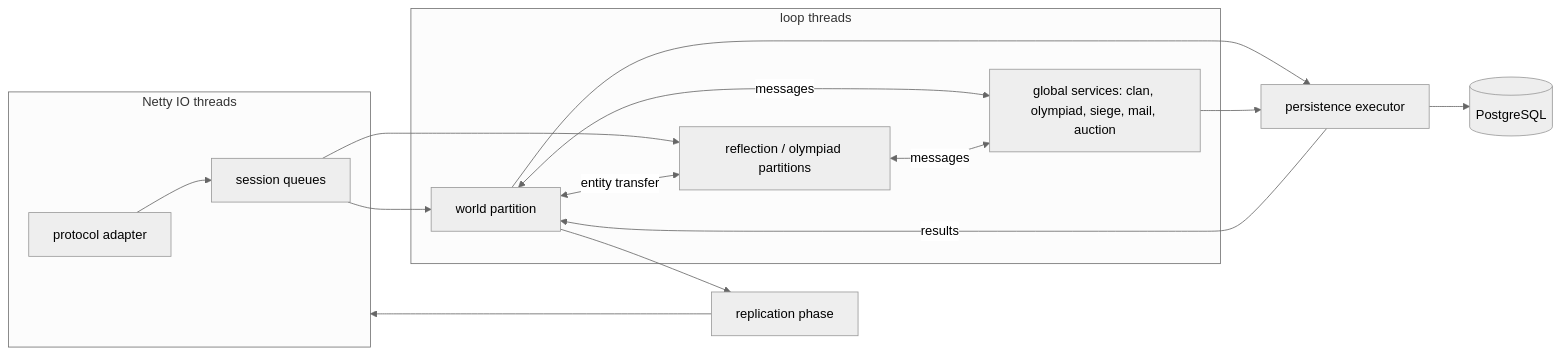
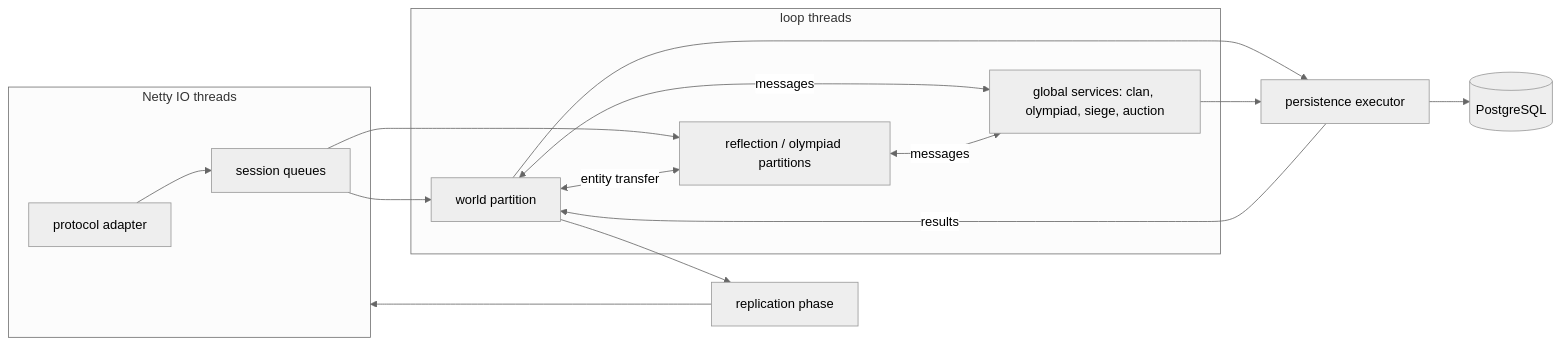
One commit to l2nx/nx-l2 changed the diagram in docs/specs/003-engine-core/spec.md. Above: the diagram before and after it, drawn with Mermaid (neutral theme). The commit also changed other lines of this file and 348 other files, not shown here.

````diff
--- a/docs/specs/003-engine-core/spec.md
+++ b/docs/specs/003-engine-core/spec.md
@@ -35,20 +35,20 @@
 ```mermaid
 flowchart LR
   subgraph IO[Netty IO threads]
     C1[protocol adapter] --> SQ[session queues]
   end
   SQ --> W
   SQ --> I
   subgraph Loops[loop threads]
     W[world partition]
     I[reflection / olympiad partitions]
-    G[global services: clan, olympiad, siege, mail, auction]
+    G[global services: clan, olympiad, siege, auction]
   end
   W <-->|messages| G
   I <-->|messages| G
   W <-->|entity transfer| I
   W --> R[replication phase] --> IO
   W --> P[persistence executor] --> DB[(PostgreSQL)]
   G --> P
   P -->|results| W
 ```
````
